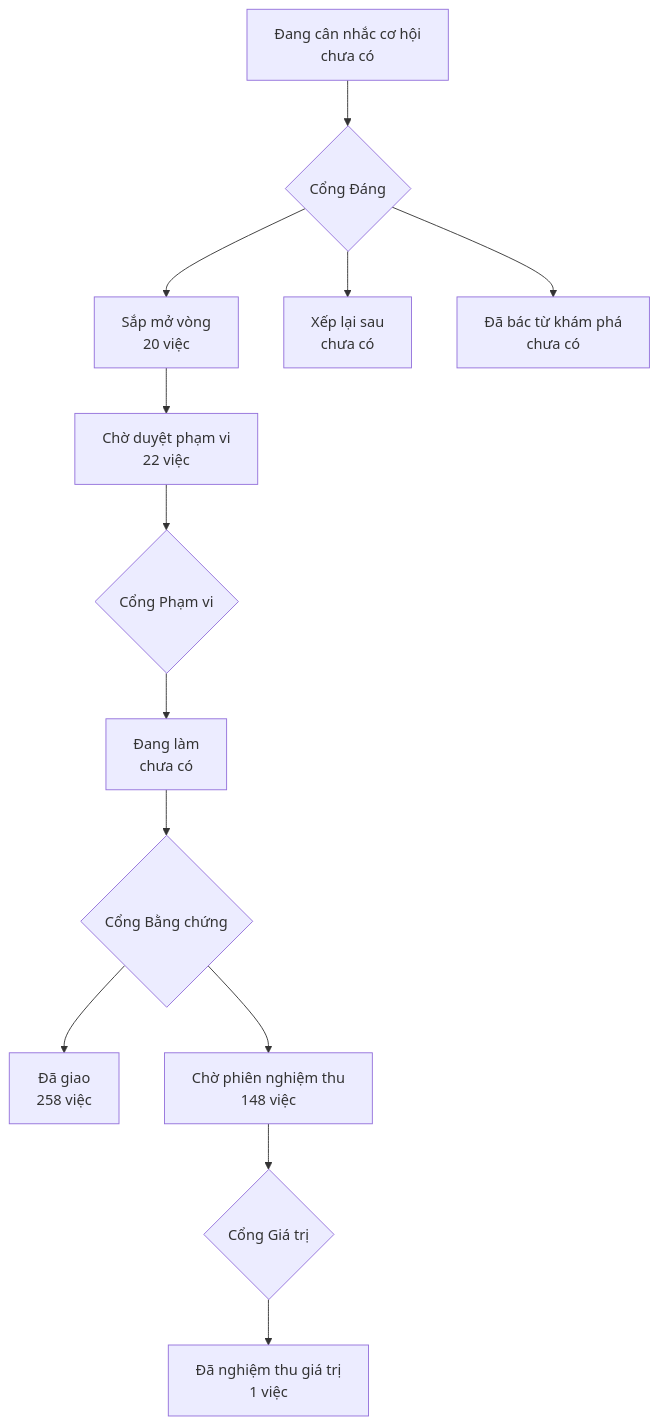
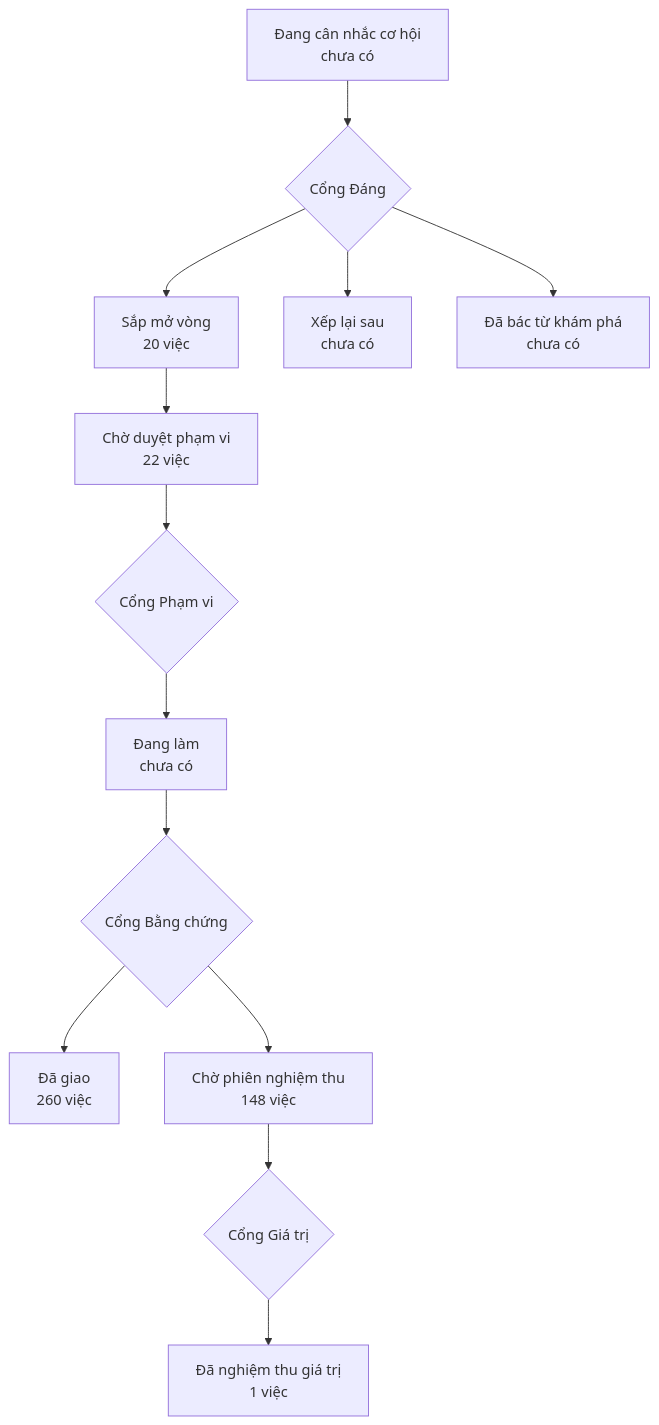
The diagram in PRODUCT-MAP.md (phanlemanh/onehub-invest), drawn with Mermaid before and after one commit. The commit also changed other lines of this file and 1 other file, not shown here.

Commit message:
chore(data-api-tin-hien-thi): sinh lại PRODUCT-MAP, LO-TRINH sau gộp main 2beb7d6ba

````diff
--- a/PRODUCT-MAP.md
+++ b/PRODUCT-MAP.md
@@ -7,12 +7,12 @@
 ```mermaid
 flowchart TD
   A["Đang cân nhắc cơ hội<br/>chưa có"] --> GD{"Cổng Đáng"}
   GD --> B["Sắp mở vòng<br/>20 việc"]
   GD --> XL["Xếp lại sau<br/>chưa có"]
   GD --> DB["Đã bác từ khám phá<br/>chưa có"]
   B --> CD["Chờ duyệt phạm vi<br/>22 việc"] --> GP{"Cổng Phạm vi"}
   GP --> DL["Đang làm<br/>chưa có"] --> GB{"Cổng Bằng chứng"}
-  GB --> DG["Đã giao<br/>258 việc"]
+  GB --> DG["Đã giao<br/>260 việc"]
   GB --> CN["Chờ phiên nghiệm thu<br/>148 việc"] --> GG{"Cổng Giá trị"}
   GG --> NT["Đã nghiệm thu giá trị<br/>1 việc"]
 ```
````
